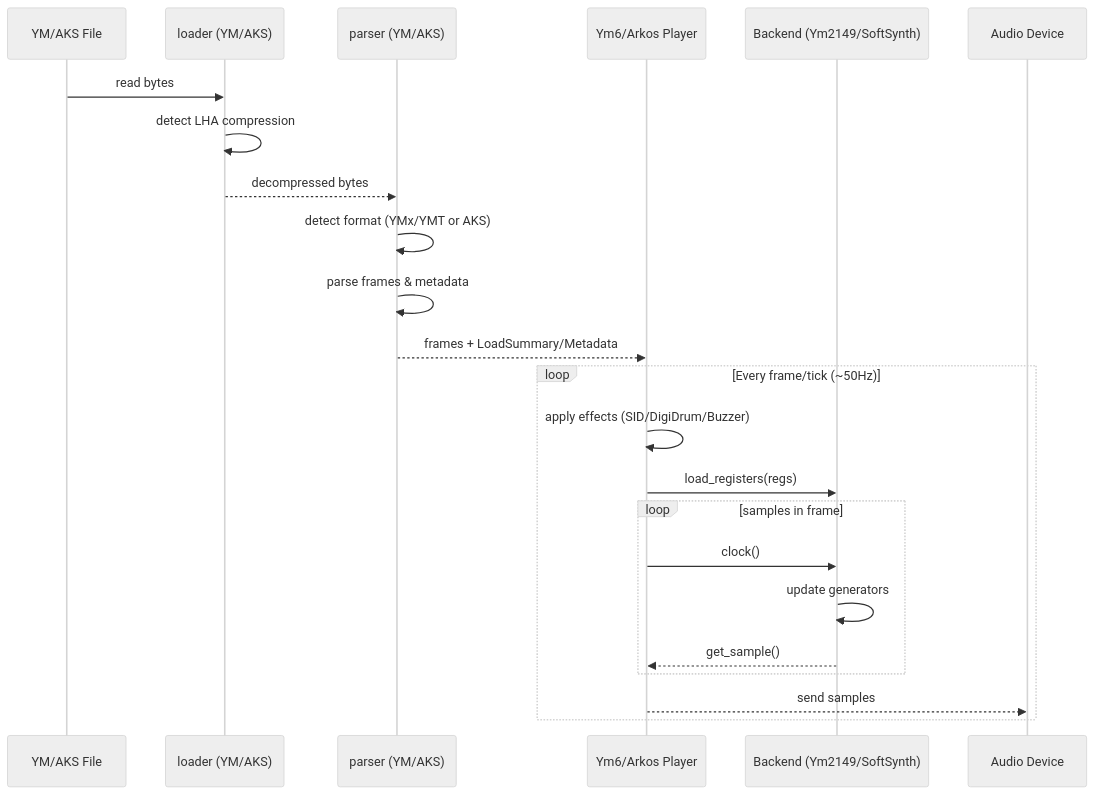
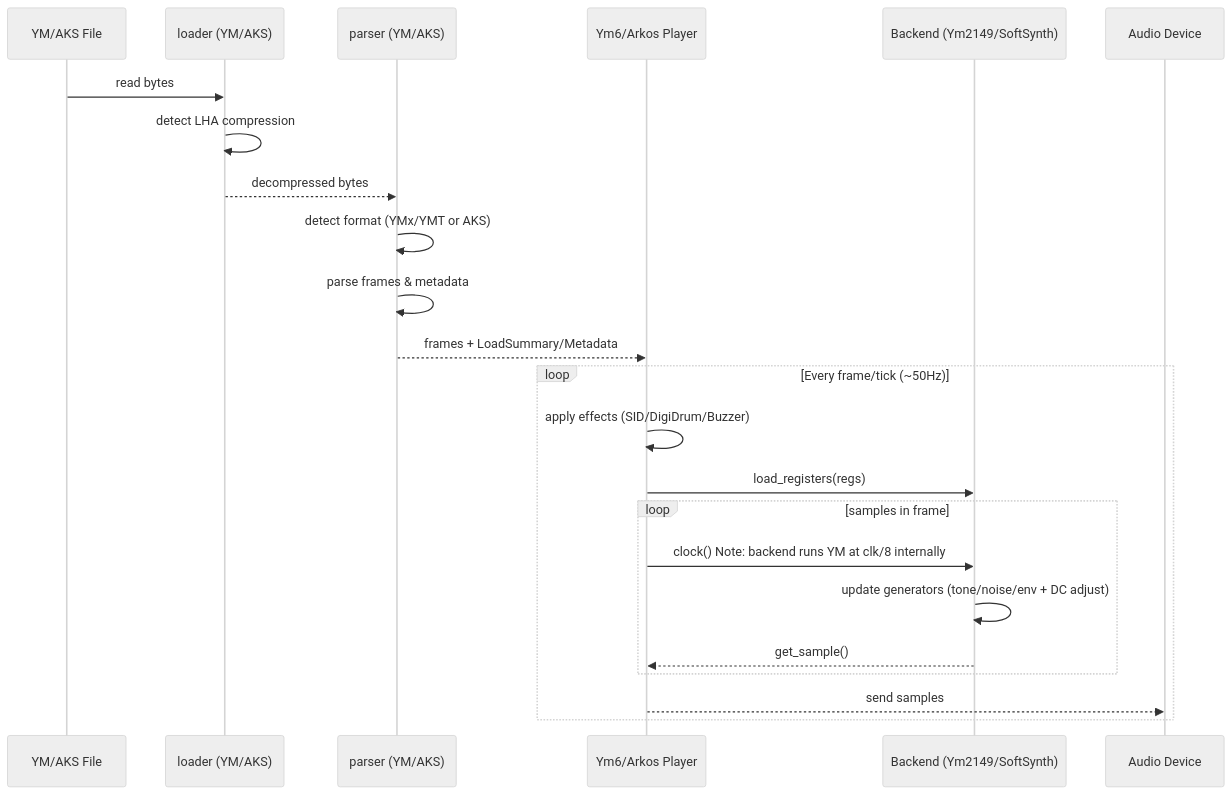
The second of 5 diagrams in ARCHITECTURE.md (slippyex/ym2149-rs), drawn with Mermaid (neutral theme) before and after one commit. The commit also changed other lines of this file and 39 other files, not shown here.

Commit message:
YM2149 backend chip replacement and AY (with Z80 emul) replayer implementation - additional cleanups and refinements

````diff
--- a/ARCHITECTURE.md
+++ b/ARCHITECTURE.md
@@ -69,29 +75,29 @@
 ```mermaid
 sequenceDiagram
     participant File as YM/AKS File
     participant Loader as loader (YM/AKS)
     participant Parser as parser (YM/AKS)
     participant Player as Ym6/Arkos Player
     participant Chip as Backend (Ym2149/SoftSynth)
     participant Audio as Audio Device
 
     File->>Loader: read bytes
     Loader->>Loader: detect LHA compression
     Loader-->>Parser: decompressed bytes
     Parser->>Parser: detect format (YMx/YMT or AKS)
     Parser->>Parser: parse frames & metadata
     Parser-->>Player: frames + LoadSummary/Metadata
 
     loop Every frame/tick (~50Hz)
         Player->>Player: apply effects (SID/DigiDrum/Buzzer)
         Player->>Chip: load_registers(regs)
 
-        loop samples in frame
-            Player->>Chip: clock()
-            Chip->>Chip: update generators
-            Chip-->>Player: get_sample()
-        end
+    loop samples in frame
+        Player->>Chip: clock()           Note: backend runs YM at clk/8 internally
+        Chip->>Chip: update generators   (tone/noise/env + DC adjust)
+        Chip-->>Player: get_sample()
+    end
 
         Player-->>Audio: send samples
     end
 ```
````
